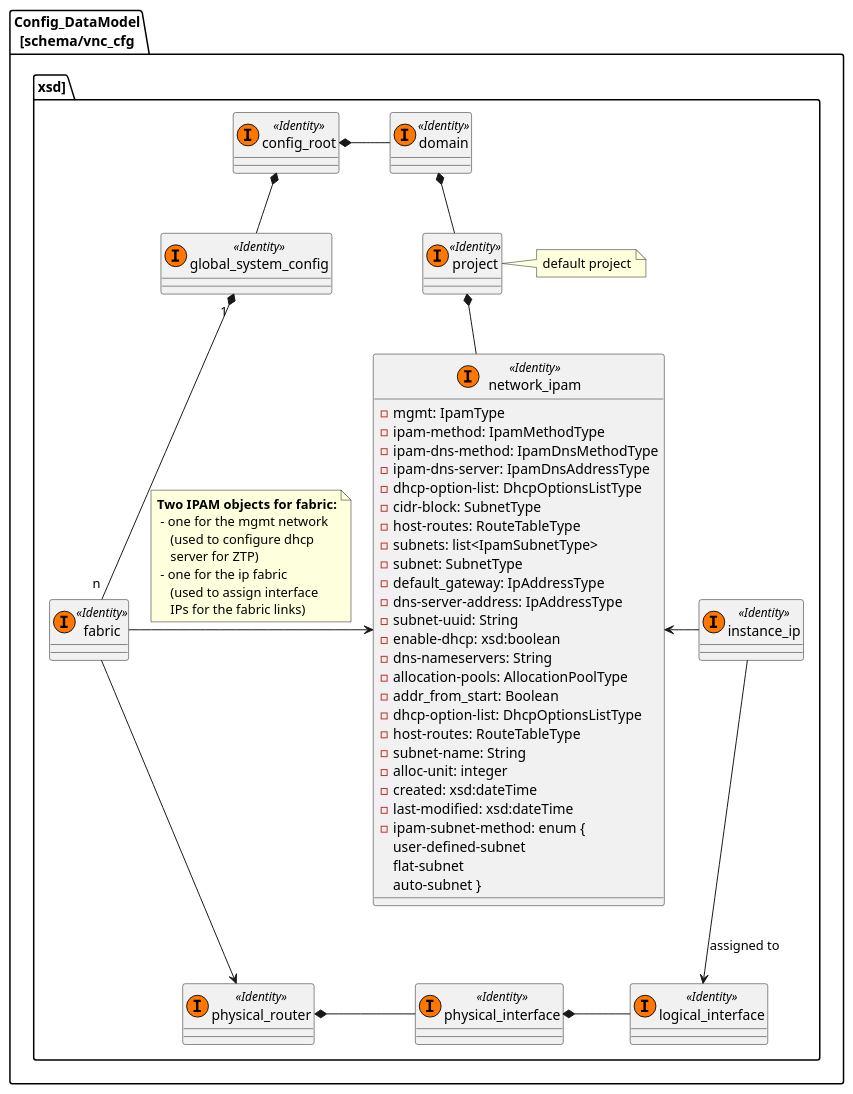
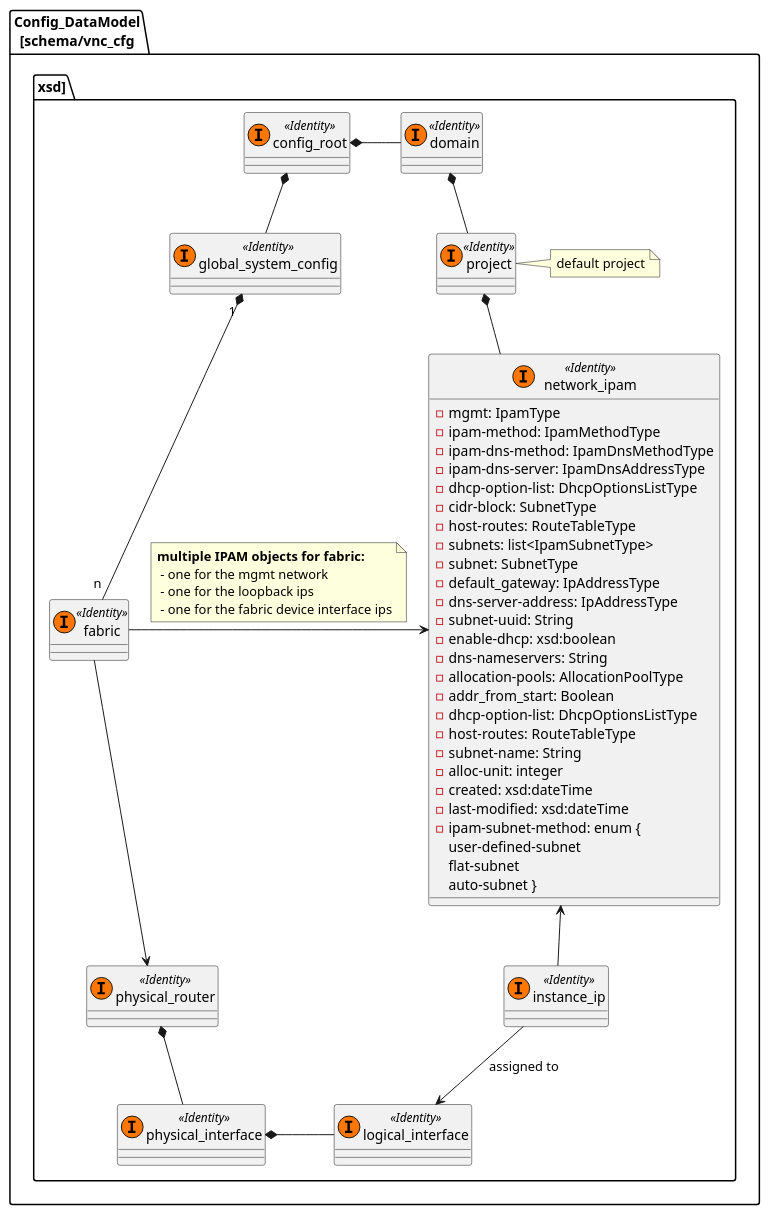
The diagram in 5.0.1-data-model/ipam.puml (jnpr-tjiang/cfm-data-model), drawn with PlantUML before and after one commit. The commit also changed 3 other files, not shown here.

```diff
--- a/5.0.1-data-model/ipam.puml
+++ b/5.0.1-data-model/ipam.puml
@@ -1,94 +1,91 @@
 @startuml
 package Config_DataModel\n[schema/vnc_cfg.xsd] {
 
     class config_root << (I, #FF7700) Identity>> {
     }
 
     class domain << (I, #FF7700) Identity>> {
     }
 
     class project << (I, #FF7700) Identity>> {
     }
     note right
     default project
     end note
 
     class global_system_config << (I, #FF7700) Identity>> {
     }
 
     class fabric << (I, #FF7700) Identity>> {
     }
 
     class instance_ip << (I, #FF7700) Identity>> {
     }
 
     class network_ipam << (I, #FF7700) Identity>> {
         - mgmt: IpamType
           - ipam-method: IpamMethodType
           - ipam-dns-method: IpamDnsMethodType
           - ipam-dns-server: IpamDnsAddressType
           - dhcp-option-list: DhcpOptionsListType
           - cidr-block: SubnetType
           - host-routes: RouteTableType
         - subnets: list<IpamSubnetType>
           - subnet: SubnetType
           - default_gateway: IpAddressType
           - dns-server-address: IpAddressType
           - subnet-uuid: String
           - enable-dhcp: xsd:boolean
           - dns-nameservers: String
           - allocation-pools: AllocationPoolType
           - addr_from_start: Boolean
           - dhcp-option-list: DhcpOptionsListType
           - host-routes: RouteTableType
           - subnet-name: String
           - alloc-unit: integer
           - created: xsd:dateTime
           - last-modified: xsd:dateTime
         - ipam-subnet-method: enum {
             user-defined-subnet
             flat-subnet
             auto-subnet }
     }
 
     class physical_router << (I, #FF7700) Identity>> {
     }
 
     class physical_interface << (I, #FF7700) Identity>> {
     }
 
     class logical_interface << (I, #FF7700) Identity>> {
     }
 
 
 config_root *-- global_system_config
 config_root *- domain
 domain *-- project
 project *-- network_ipam
 global_system_config "1 " *-- "n " fabric
 
-network_ipam <- instance_ip
+network_ipam <-- instance_ip
 fabric -> network_ipam
 note on link
-<b>Two IPAM objects for fabric:
+<b>multiple IPAM objects for fabric:
  - one for the mgmt network
-    (used to configure dhcp
-    server for ZTP)
- - one for the ip fabric
-    (used to assign interface
-    IPs for the fabric links)
+ - one for the loopback ips
+ - one for the fabric device interface ips
 end note
 
 fabric --> physical_router
-physical_router *- physical_interface
+physical_router *-- physical_interface
 physical_interface *- logical_interface
 
 instance_ip --> logical_interface: assigned to
 
 
 'global_system_config *--- virtual_router
 'virtual_router --> network_ipam
 
 }
 
 @enduml
```
